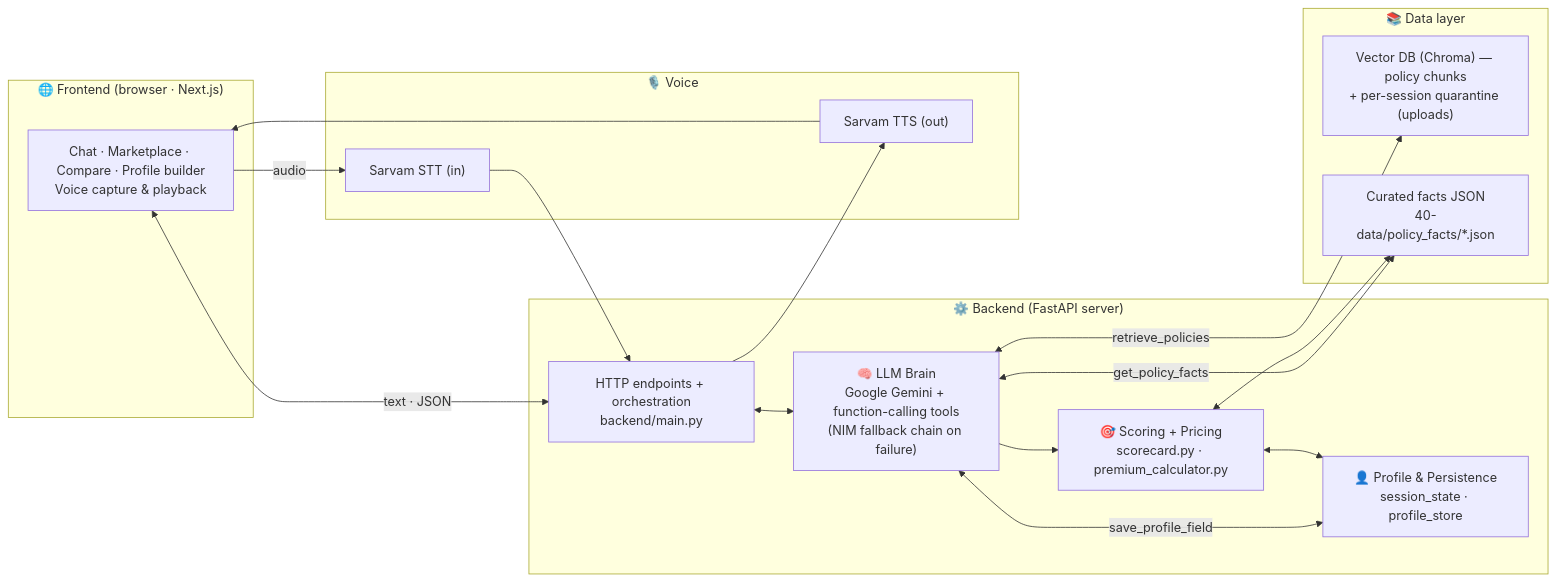
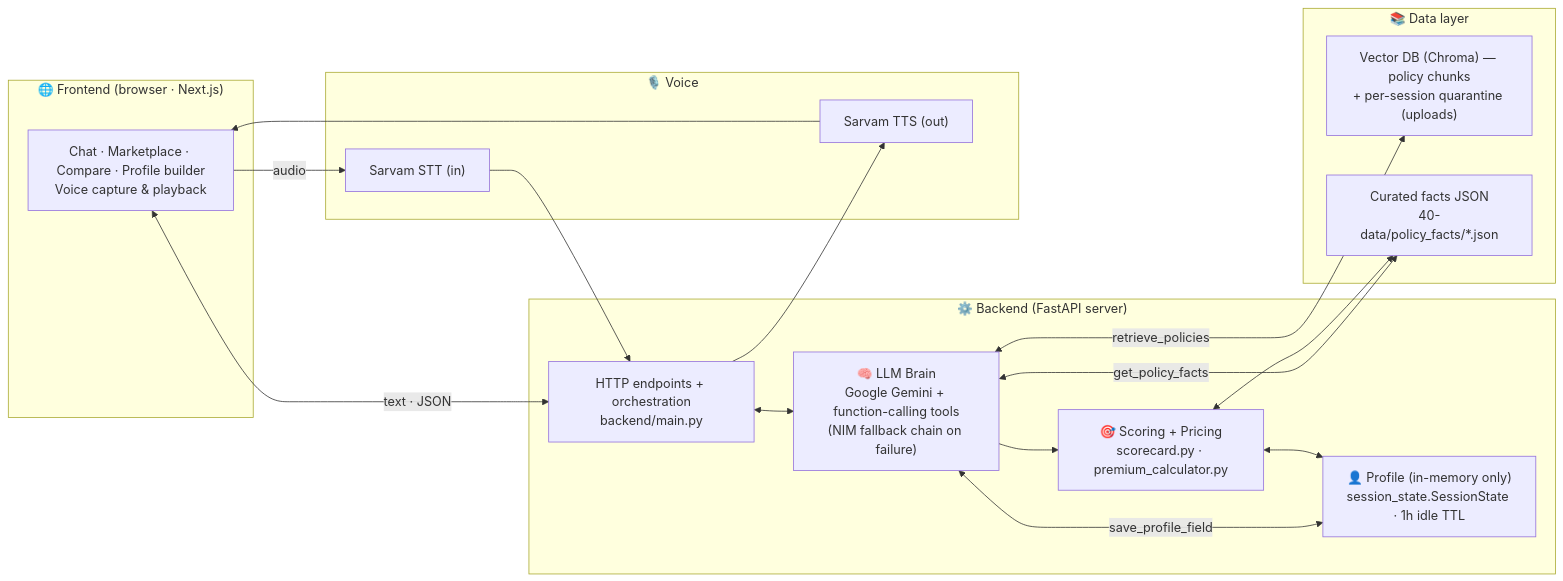
Before and after one commit to rohitsar567/insurance-sales-bot: the second of 16 diagrams in README.md, drawn with Mermaid. The commit also changed other lines of this file and 31 other files, not shown here.

First line of the commit message:
feat!: remove cross-session profile recall (ADR-043) — net −3700 LOC

````diff
--- a/README.md
+++ b/README.md
@@ -198,31 +191,31 @@
 ```mermaid
 flowchart LR
     subgraph FE["🌐 Frontend (browser · Next.js)"]
         UI["Chat · Marketplace · Compare · Profile builder<br/>Voice capture & playback"]
     end
     subgraph BE["⚙️ Backend (FastAPI server)"]
         API["HTTP endpoints + orchestration<br/>backend/main.py"]
         BRAIN["🧠 LLM Brain<br/>Google Gemini + function-calling tools<br/>(NIM fallback chain on failure)"]
         SCORE["🎯 Scoring + Pricing<br/>scorecard.py · premium_calculator.py"]
-        PROF["👤 Profile & Persistence<br/>session_state · profile_store"]
+        PROF["👤 Profile (in-memory only)<br/>session_state.SessionState · 1h idle TTL"]
     end
     subgraph DATA["📚 Data layer"]
         VEC["Vector DB (Chroma) — policy chunks<br/>+ per-session quarantine (uploads)"]
         FACTS["Curated facts JSON<br/>40-data/policy_facts/*.json"]
     end
     subgraph VOICE["🎙️ Voice"]
         STT["Sarvam STT (in)"]
         TTS["Sarvam TTS (out)"]
     end
 
     UI <-->|"text · JSON"| API
     UI -->|"audio"| STT --> API
     API --> TTS --> UI
     API <--> BRAIN
     BRAIN <-->|"retrieve_policies"| VEC
     BRAIN <-->|"get_policy_facts"| FACTS
     BRAIN <-->|"save_profile_field"| PROF
     BRAIN --> SCORE
     SCORE <--> FACTS
     SCORE <--> PROF
 ```
````
